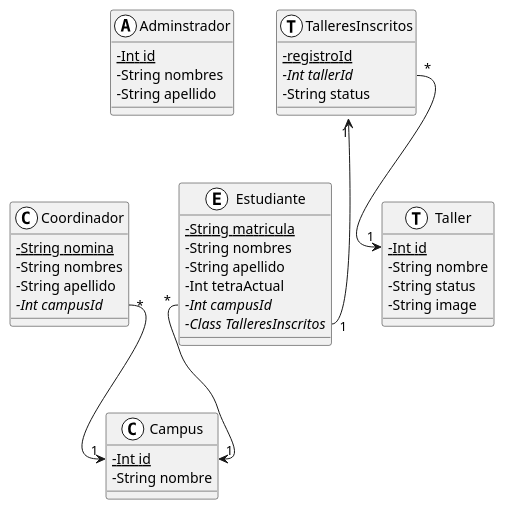
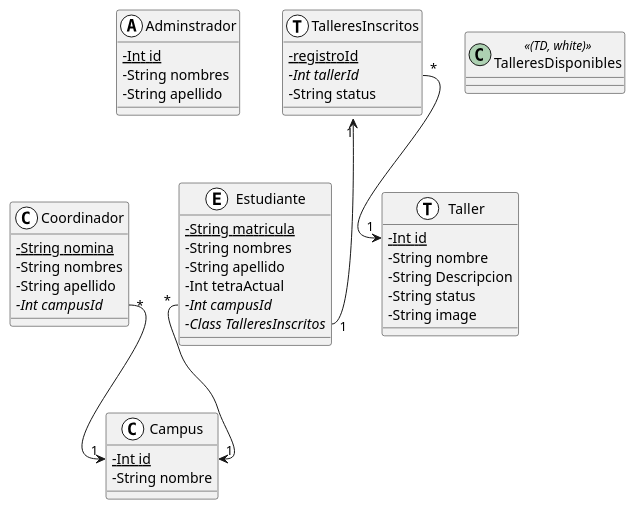
The diagram in Reto/Base de datos.md (facund015/codeRelatedObsidianNotes), drawn with PlantUML before and after one commit. The commit also changed 1 other file, not shown here.

Commit message:
vault backup: 2021-10-12 12:43:25

````diff
--- a/Reto/Base de datos.md
+++ b/Reto/Base de datos.md
@@ -2,54 +2,59 @@
 ```plantuml
 @startuml
 skinparam classAttributeIconSize 0
 
 class Adminstrador <<(A,white)>> {
 	{static} -Int id
 	-String nombres
 	-String apellido
 }
 
 class Estudiante <<(E,white)>> {
 	{static} - String matricula
 	-String nombres
 	-String apellido
 	-Int tetraActual
 	{abstract} -Int campusId
 	{abstract} -Class TalleresInscritos
 }
 
 class Campus <<(C,white)>> {
 	{static} -Int id
 	-String nombre
 }
 
 class TalleresInscritos <<(T,white)>> {
 	{static} -registroId 
 	{abstract} -Int tallerId
 	-String status
 }
 
 class Coordinador <<(C,white)>> {
 	{static} -String nomina
 	-String nombres
 	-String apellido
 	{abstract} -Int campusId
 }
 
 class Taller <<(T,white)>> {
     {static} -Int id 
     - String nombre
+	- String Descripcion
     - String status
     - String image
+}
+
+class TalleresDisponibles <<(TD, white)>> {
+	
 }
 
 
 
 
 TalleresInscritos "1" <-- "1" Estudiante::TalleresInscritos
 TalleresInscritos::tallerId "*" --> "1" Taller::id
 Estudiante::campusId "*" --> "1" Campus::id
 Coordinador::campusId "*" --> "1" Campus::id 
 
 @enduml
 ```
````
